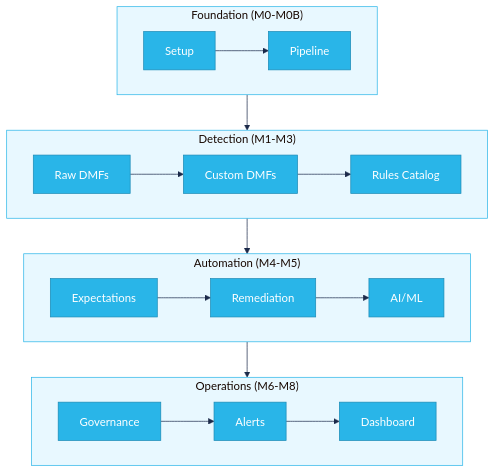
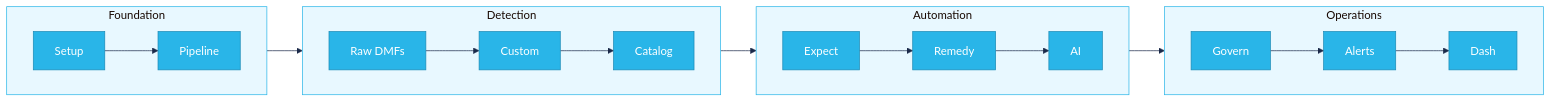
Before and after one commit to mcharni76/snowflake-data-quality-monitoring-hol: the diagram in guide/WORKSHOP_CARDS.md, drawn with Mermaid. The commit also changed 16 other files, not shown here.

````diff
--- a/guide/WORKSHOP_CARDS.md
+++ b/guide/WORKSHOP_CARDS.md
@@ -5,22 +5,27 @@
 ```mermaid
 %%{init: {'theme': 'base', 'themeVariables': {'primaryColor': '#29B5E8', 'primaryTextColor': '#fff', 'primaryBorderColor': '#1B8AB5', 'lineColor': '#1B2A4A', 'secondaryColor': '#F0F9FF', 'tertiaryColor': '#E8F8FF', 'fontFamily': 'Segoe UI, sans-serif'}}}%%
-flowchart TD
-    subgraph FOUNDATION["Foundation (M0-M0B)"]
+%%{init: {'flowchart': {'useMaxWidth': false, 'padding': 15}}}%%
+flowchart LR
+    subgraph F["Foundation"]
+        direction LR
         M0[Setup] --> M0B[Pipeline]
     end
-    subgraph DETECTION["Detection (M1-M3)"]
-        M1[Raw DMFs] --> M2[Custom DMFs] --> M3[Rules Catalog]
+    subgraph D["Detection"]
+        direction LR
+        M1[Raw DMFs] --> M2[Custom] --> M3[Catalog]
     end
-    subgraph AUTOMATION["Automation (M4-M5)"]
-        M4[Expectations] --> M4B[Remediation] --> M5[AI/ML]
+    subgraph A["Automation"]
+        direction LR
+        M4[Expect] --> M4B[Remedy] --> M5[AI]
     end
-    subgraph OPERATIONS["Operations (M6-M8)"]
-        M6[Governance] --> M7[Alerts] --> M8[Dashboard]
+    subgraph O["Operations"]
+        direction LR
+        M6[Govern] --> M7[Alerts] --> M8[Dash]
     end
-    FOUNDATION --> DETECTION --> AUTOMATION --> OPERATIONS
-    style FOUNDATION fill:#E8F8FF,stroke:#29B5E8
-    style DETECTION fill:#E8F8FF,stroke:#29B5E8
-    style AUTOMATION fill:#E8F8FF,stroke:#29B5E8
-    style OPERATIONS fill:#E8F8FF,stroke:#29B5E8
+    F --> D --> A --> O
+    style F fill:#E8F8FF,stroke:#29B5E8
+    style D fill:#E8F8FF,stroke:#29B5E8
+    style A fill:#E8F8FF,stroke:#29B5E8
+    style O fill:#E8F8FF,stroke:#29B5E8
 
 ```
````
